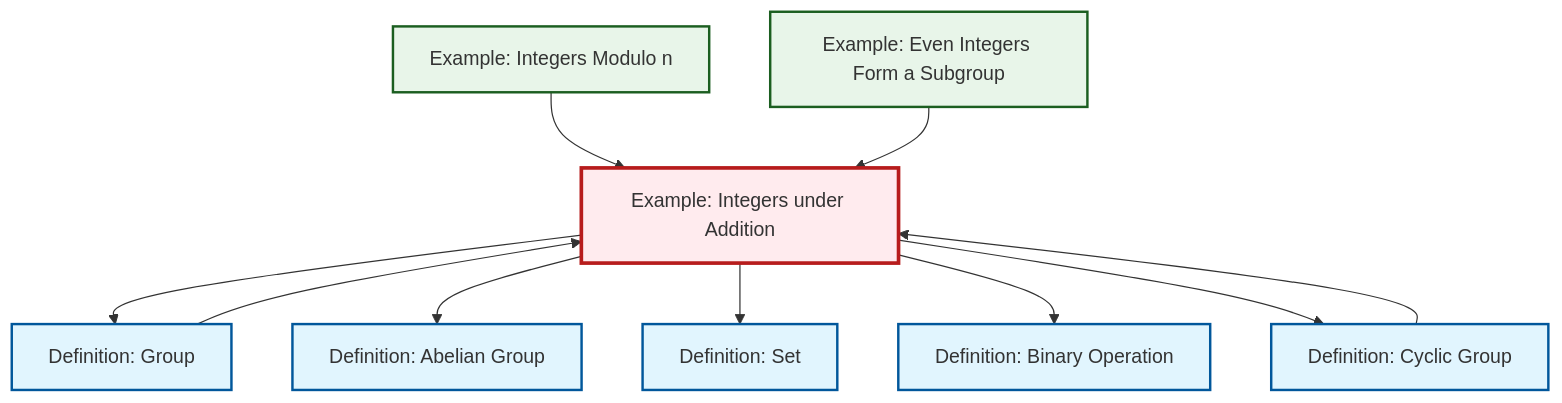
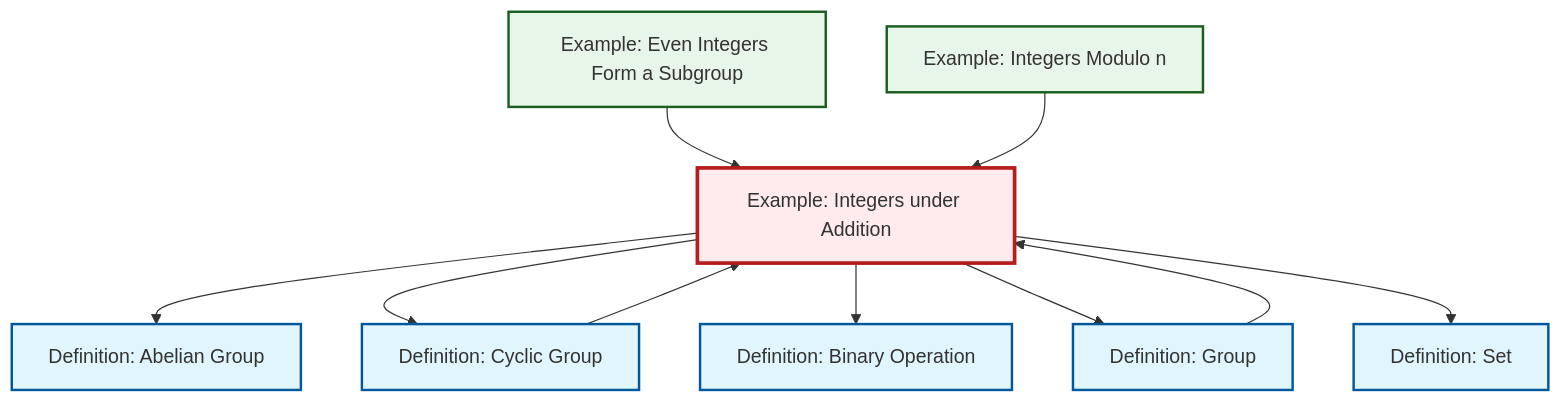
Before and after one commit to RK0429/ModernMath: the diagram in content/en/algebra/ex-integers-addition.qmd, drawn with Mermaid. The commit also changed other lines of this file and 615 other files, not shown here.

````diff
--- a/content/en/algebra/ex-integers-addition.qmd
+++ b/content/en/algebra/ex-integers-addition.qmd
@@ -73,34 +73,34 @@
 ```{mermaid}
 %%| fig-cap: "Local dependency graph"
 graph TD
     classDef definition fill:#e1f5fe,stroke:#01579b,stroke-width:2px
     classDef theorem fill:#f3e5f5,stroke:#4a148c,stroke-width:2px
     classDef axiom fill:#fff3e0,stroke:#e65100,stroke-width:2px
     classDef example fill:#e8f5e9,stroke:#1b5e20,stroke-width:2px
     classDef current fill:#ffebee,stroke:#b71c1c,stroke-width:3px
-    def-abelian-group["Definition: Abelian Group"]:::definition
     ex-integers-addition["Example: Integers under Addition"]:::example
     def-set["Definition: Set"]:::definition
+    def-group["Definition: Group"]:::definition
+    def-cyclic-group["Definition: Cyclic Group"]:::definition
+    def-binary-operation["Definition: Binary Operation"]:::definition
+    def-abelian-group["Definition: Abelian Group"]:::definition
+    ex-even-integers-subgroup["Example: Even Integers Form a Subgroup"]:::example
     ex-quotient-integers-mod-n["Example: Integers Modulo n"]:::example
-    def-cyclic-group["Definition: Cyclic Group"]:::definition
-    ex-even-integers-subgroup["Example: Even Integers Form a Subgroup"]:::example
-    def-group["Definition: Group"]:::definition
-    def-binary-operation["Definition: Binary Operation"]:::definition
-    ex-quotient-integers-mod-n --> ex-integers-addition
-    ex-integers-addition --> def-group
     def-cyclic-group --> ex-integers-addition
     ex-integers-addition --> def-abelian-group
+    ex-integers-addition --> def-cyclic-group
+    ex-integers-addition --> def-binary-operation
+    ex-integers-addition --> def-group
+    ex-integers-addition --> def-set
     def-group --> ex-integers-addition
-    ex-integers-addition --> def-set
-    ex-integers-addition --> def-binary-operation
-    ex-integers-addition --> def-cyclic-group
     ex-even-integers-subgroup --> ex-integers-addition
+    ex-quotient-integers-mod-n --> ex-integers-addition
     class ex-integers-addition current
+    click def-set "def-set.html" "Go to Set definition"
+    click def-group "def-group.html" "Go to Group definition"
+    click def-cyclic-group "def-cyclic-group.html" "Go to Cyclic Group definition"
+    click def-binary-operation "def-binary-operation.html" "Go to Binary Operation definition"
     click def-abelian-group "def-abelian-group.html" "Go to Abelian Group definition"
-    click def-set "def-set.html" "Go to Set definition"
+    click ex-even-integers-subgroup "ex-even-integers-subgroup.html" "Go to Even Integers Form a Subgroup example"
     click ex-quotient-integers-mod-n "ex-quotient-integers-mod-n.html" "Go to Integers Modulo n example"
-    click def-cyclic-group "def-cyclic-group.html" "Go to Cyclic Group definition"
-    click ex-even-integers-subgroup "ex-even-integers-subgroup.html" "Go to Even Integers Form a Subgroup example"
-    click def-group "def-group.html" "Go to Group definition"
-    click def-binary-operation "def-binary-operation.html" "Go to Binary Operation definition"
 ```
````
